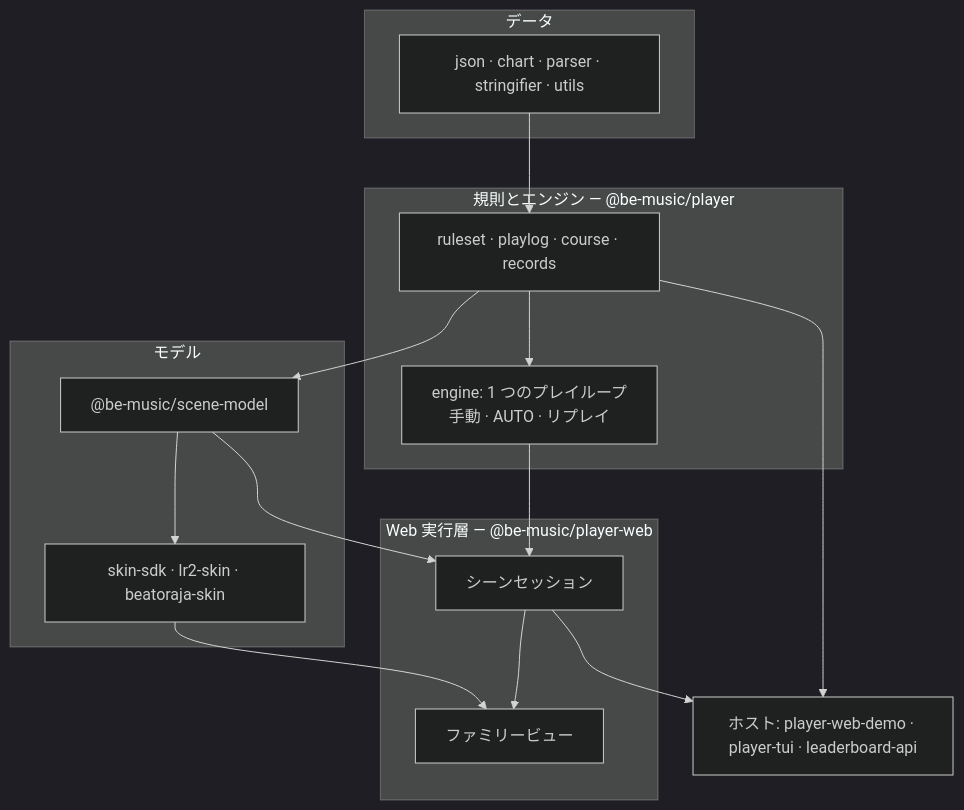
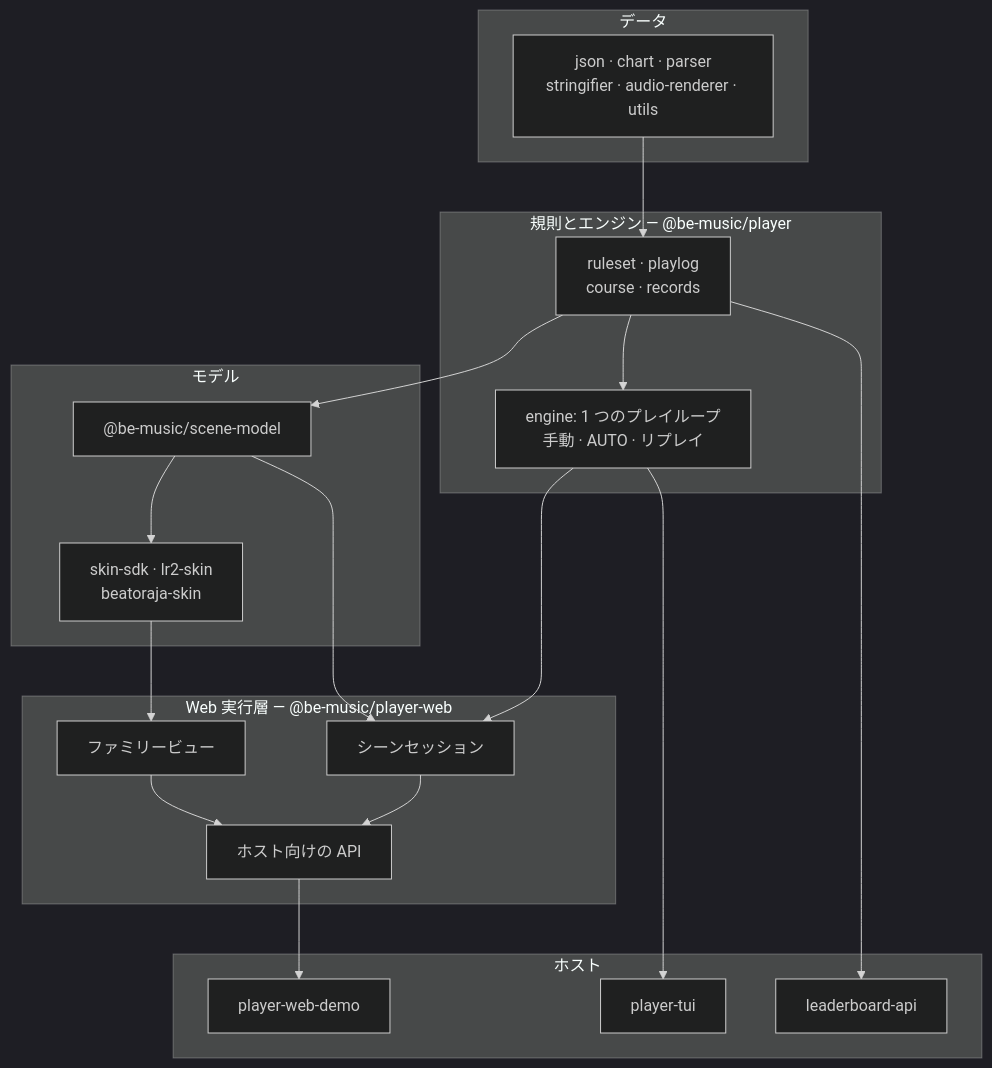
The third of 3 diagrams in docs/architecture.ja.md (nulltask/be-music), drawn with Mermaid (dark theme) before and after one commit. The commit also changed other lines of this file and 1 other file, not shown here.

First line of the commit message:
docs: describe the current package layers in architecture [ci skip]

````diff
--- a/docs/architecture.ja.md
+++ b/docs/architecture.ja.md
@@ -179,27 +179,35 @@
 ```mermaid
 flowchart TD
   subgraph data["データ"]
-    d["json · chart · parser · stringifier · utils"]
+    d["json · chart · parser<br/>stringifier · audio-renderer · utils"]
   end
   subgraph domain["規則とエンジン — @be-music/player"]
-    rules["ruleset · playlog · course · records"]
+    rules["ruleset · playlog<br/>course · records"]
     engine["engine: 1 つのプレイループ<br/>手動 · AUTO · リプレイ"]
   end
   subgraph models["モデル"]
     scene["@be-music/scene-model"]
-    skins["skin-sdk · lr2-skin · beatoraja-skin"]
+    skins["skin-sdk · lr2-skin<br/>beatoraja-skin"]
   end
   subgraph web["Web 実行層 — @be-music/player-web"]
     sessions["シーンセッション"]
     views["ファミリービュー"]
+    hostApi["ホスト向けの API"]
   end
-  hosts["ホスト: player-web-demo · player-tui · leaderboard-api"]
+  subgraph hosts["ホスト"]
+    demo["player-web-demo"]
+    tui["player-tui"]
+    lb["leaderboard-api"]
+  end
 
   d --> rules --> engine
   rules --> scene --> skins
   engine --> sessions
-  scene --> sessions --> views
+  scene --> sessions
   skins --> views
-  sessions --> hosts
-  rules --> hosts
+  sessions --> hostApi
+  views --> hostApi
+  hostApi --> demo
+  engine --> tui
+  rules --> lb
 ```
````
